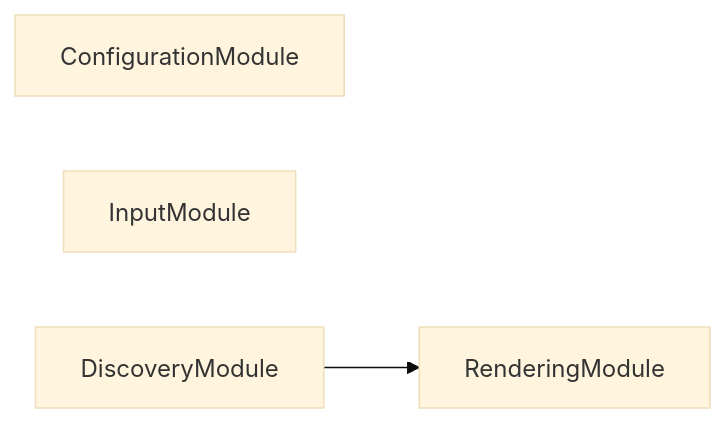
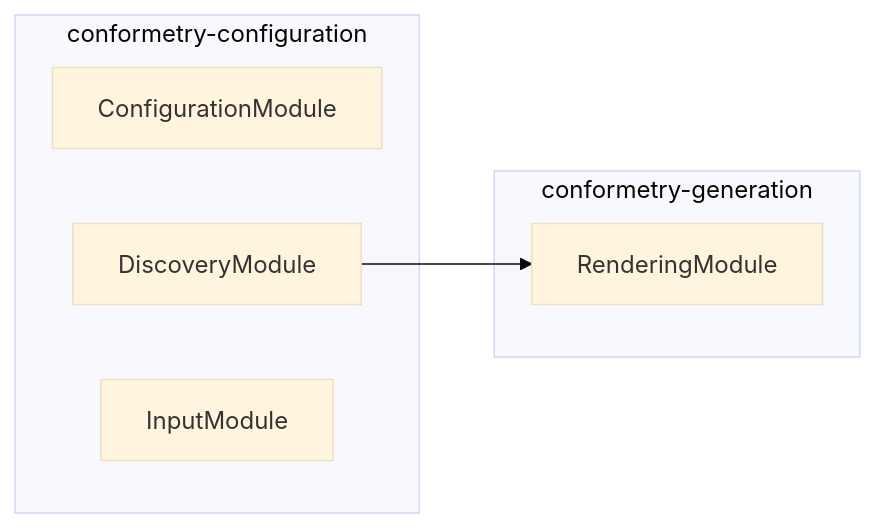
The second of 2 diagrams in packages/conformetry-configuration/README.md (JimmyPaolini/codebase), drawn with Mermaid (base theme) before and after one commit. The commit also changed other lines of this file and 71 other files, not shown here.

Commit message:
feat(synchronization): ✨ group module graphs by package and add nx project graphs

````diff
--- a/packages/conformetry-configuration/README.md
+++ b/packages/conformetry-configuration/README.md
@@ -197,6 +226,12 @@
 ```mermaid
 flowchart LR
-  ConfigurationModule
-  InputModule
+  subgraph group0["conformetry-configuration"]
+    ConfigurationModule
+    DiscoveryModule
+    InputModule
+  end
+  subgraph group1["conformetry-generation"]
+    RenderingModule
+  end
   DiscoveryModule --> RenderingModule
 ```
````
